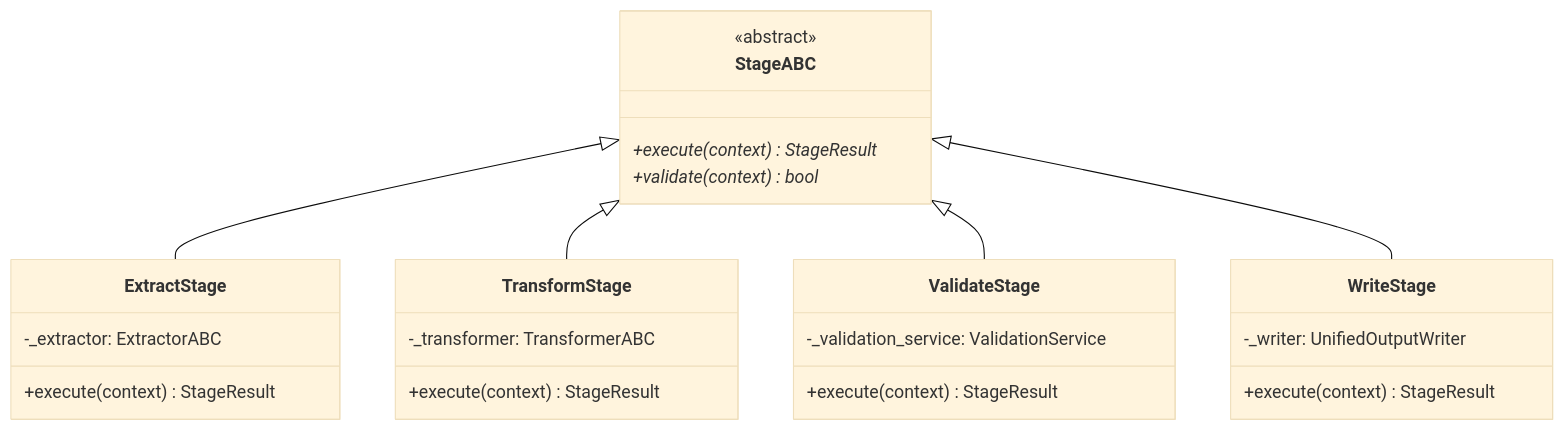
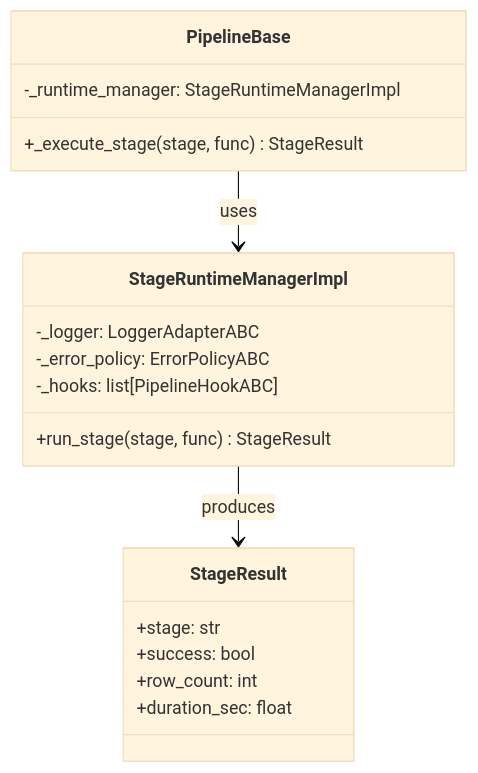
Before and after one commit to SatoryKono/BioactivityDataAcquisition: the eighth of 10 diagrams in docs/architecture/13-class-diagrams-application.md, drawn with Mermaid (base theme). The commit also changed other lines of this file and 1 other file, not shown here.

````diff
--- a/docs/architecture/13-class-diagrams-application.md
+++ b/docs/architecture/13-class-diagrams-application.md
@@ -249,33 +249,24 @@
 ```mermaid
 classDiagram
-    class StageABC {
-        <<abstract>>
-        +execute(context)* StageResult
-        +validate(context)* bool
+    class StageRuntimeManagerImpl {
+        -_logger: LoggerAdapterABC
+        -_error_policy: ErrorPolicyABC
+        -_hooks: list[PipelineHookABC]
+        +run_stage(stage, func) StageResult
     }
 
-    class ExtractStage {
-        -_extractor: ExtractorABC
-        +execute(context) StageResult
+    class PipelineBase {
+        -_runtime_manager: StageRuntimeManagerImpl
+        +_execute_stage(stage, func) StageResult
     }
 
-    class TransformStage {
-        -_transformer: TransformerABC
-        +execute(context) StageResult
+    class StageResult {
+        +stage: str
+        +success: bool
+        +row_count: int
+        +duration_sec: float
     }
 
-    class ValidateStage {
-        -_validation_service: ValidationService
-        +execute(context) StageResult
-    }
-
-    class WriteStage {
-        -_writer: UnifiedOutputWriter
-        +execute(context) StageResult
-    }
-
-    StageABC <|-- ExtractStage
-    StageABC <|-- TransformStage
-    StageABC <|-- ValidateStage
-    StageABC <|-- WriteStage
+    PipelineBase --> StageRuntimeManagerImpl : uses
+    StageRuntimeManagerImpl --> StageResult : produces
 ```
````
